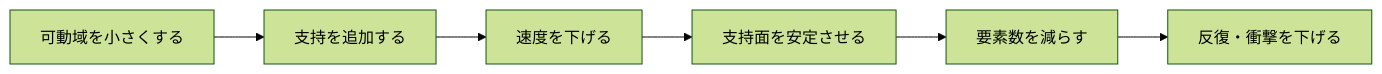
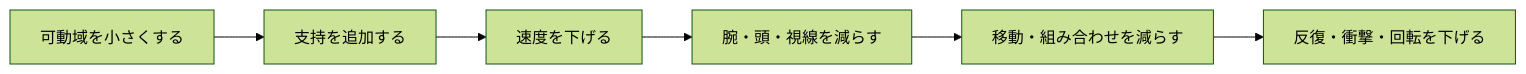
The eighth of 9 diagrams in docs/content/BDX_BALLET_MOVEMENT_SYSTEM_V1_1.md (satomitsu1986/reports), drawn with Mermaid (forest theme) before and after one commit. The commit also changed other lines of this file and 1 other file, not shown here.

````diff
--- a/docs/content/BDX_BALLET_MOVEMENT_SYSTEM_V1_1.md
+++ b/docs/content/BDX_BALLET_MOVEMENT_SYSTEM_V1_1.md
@@ -629,8 +532,8 @@
-```mermaid
+~~~mermaid
 flowchart LR
     A[可動域を小さくする] --> B[支持を追加する]
     B --> C[速度を下げる]
-    C --> D[支持面を安定させる]
-    D --> E[要素数を減らす]
-    E --> F[反復・衝撃を下げる]
-```
+    C --> D[腕・頭・視線を減らす]
+    D --> E[移動・組み合わせを減らす]
+    E --> F[反復・衝撃・回転を下げる]
+~~~
````
